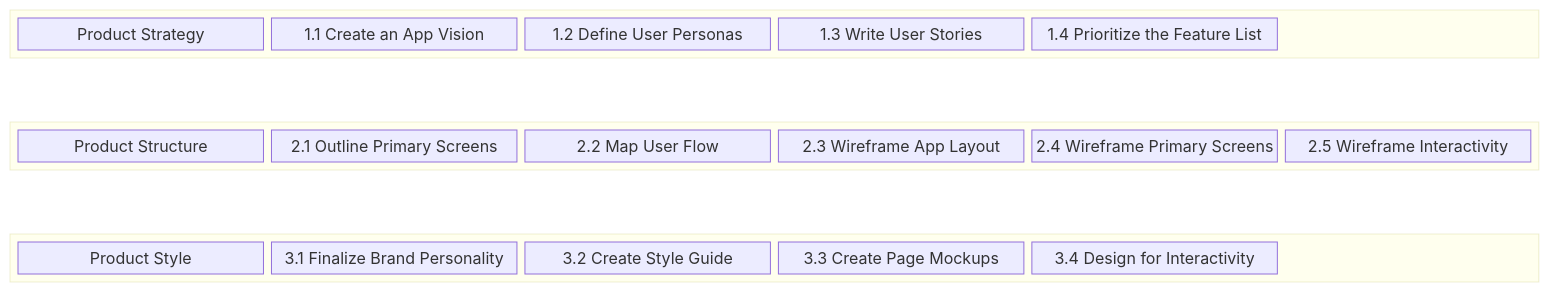
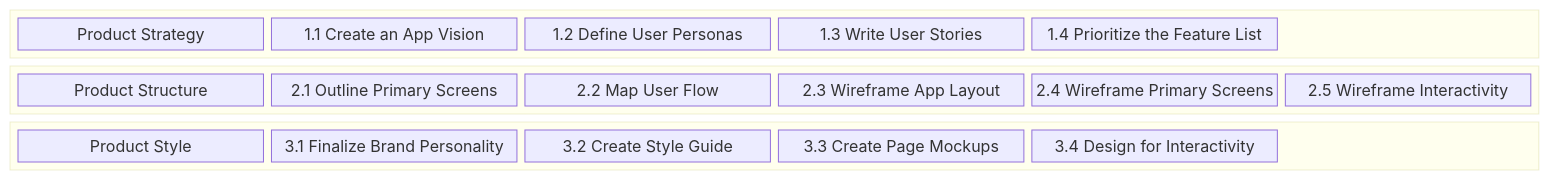
One commit to chingu-voyages/Handbook changed the diagram in docs/resources/techresources/uiux.md. Above: the diagram before and after it, drawn with Mermaid.

Commit message:
Feature: Add UI/UX Workflow diagram

````diff
--- a/docs/resources/techresources/uiux.md
+++ b/docs/resources/techresources/uiux.md
@@ -15,33 +15,31 @@
 ```mermaid
 block-beta
 columns 1
     block:STRATEGY
       columns 6
       A["Product Strategy"]
       B["1.1 Create an App Vision"]
       C["1.2 Define User Personas"]
       D["1.3 Write User Stories"]
       E["1.4 Prioritize the Feature List"]
       space
     end
-    space
     block:STRUCTURE
       columns 6
       G["Product Structure"]
       H["2.1 Outline Primary Screens"]
       I["2.2 Map User Flow"]
       J["2.3 Wireframe App Layout"]
       K["2.4 Wireframe Primary Screens"]
       L["2.5 Wireframe Interactivity"]
     end
-    space
     block:STYLE
       columns 6
       M["Product Style"]
       N["3.1 Finalize Brand Personality"]
       O["3.2 Create Style Guide"]
       P["3.3 Create Page Mockups"]
       Q["3.4 Design for Interactivity"]
       space
     end
 ```
````
